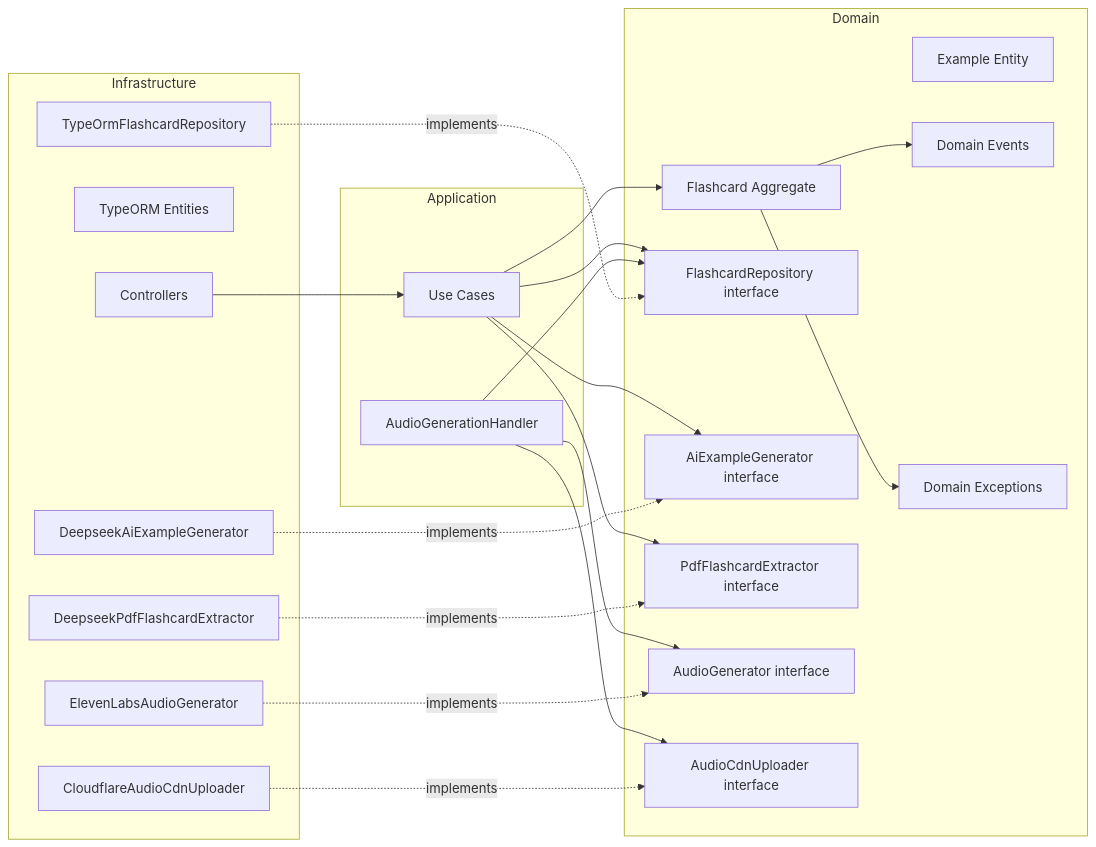
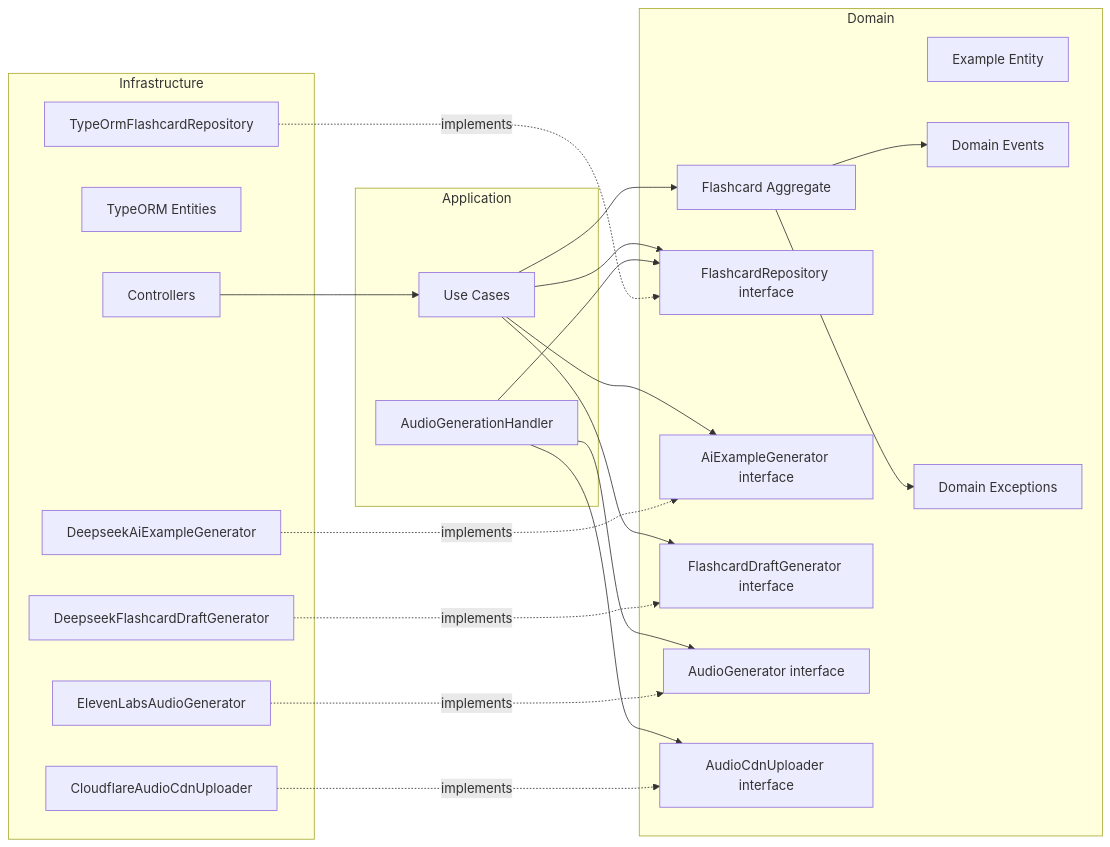
The diagram in docs/apps/api/content/README.md (AbrahamVilchesDeLaCruz/ididntcatchthat), drawn with Mermaid before and after one commit. The commit also changed other lines of this file and 21 other files, not shown here.

First line of the commit message:
docs(content): add unified taxonomy spec, ADR-024 and API diagrams

````diff
--- a/docs/apps/api/content/README.md
+++ b/docs/apps/api/content/README.md
@@ -37,45 +38,45 @@
 ```mermaid
 graph LR
     subgraph Infrastructure
         C[Controllers]
         E[TypeORM Entities]
         R[TypeOrmFlashcardRepository]
         AI_EX[DeepseekAiExampleGenerator]
-        AI_PDF[DeepseekPdfFlashcardExtractor]
+        AI_GEN[DeepseekFlashcardDraftGenerator]
         EL[ElevenLabsAudioGenerator]
         CDN[CloudflareAudioCdnUploader]
     end
 
     subgraph Application
         UC[Use Cases]
         AH[AudioGenerationHandler]
     end
 
     subgraph Domain
         F[Flashcard Aggregate]
         EX[Example Entity]
         RI[FlashcardRepository interface]
         AEG[AiExampleGenerator interface]
-        PFE[PdfFlashcardExtractor interface]
+        FDG[FlashcardDraftGenerator interface]
         AG[AudioGenerator interface]
         ACU[AudioCdnUploader interface]
         EV[Domain Events]
         ERR[Domain Exceptions]
     end
 
     C --> UC
     UC --> F
     UC --> RI
     UC --> AEG
-    UC --> PFE
+    UC --> FDG
     AH --> AG
     AH --> ACU
     AH --> RI
     F --> EV
     F --> ERR
     R -.implements.-> RI
     AI_EX -.implements.-> AEG
-    AI_PDF -.implements.-> PFE
+    AI_GEN -.implements.-> FDG
     EL -.implements.-> AG
     CDN -.implements.-> ACU
 ```
````
